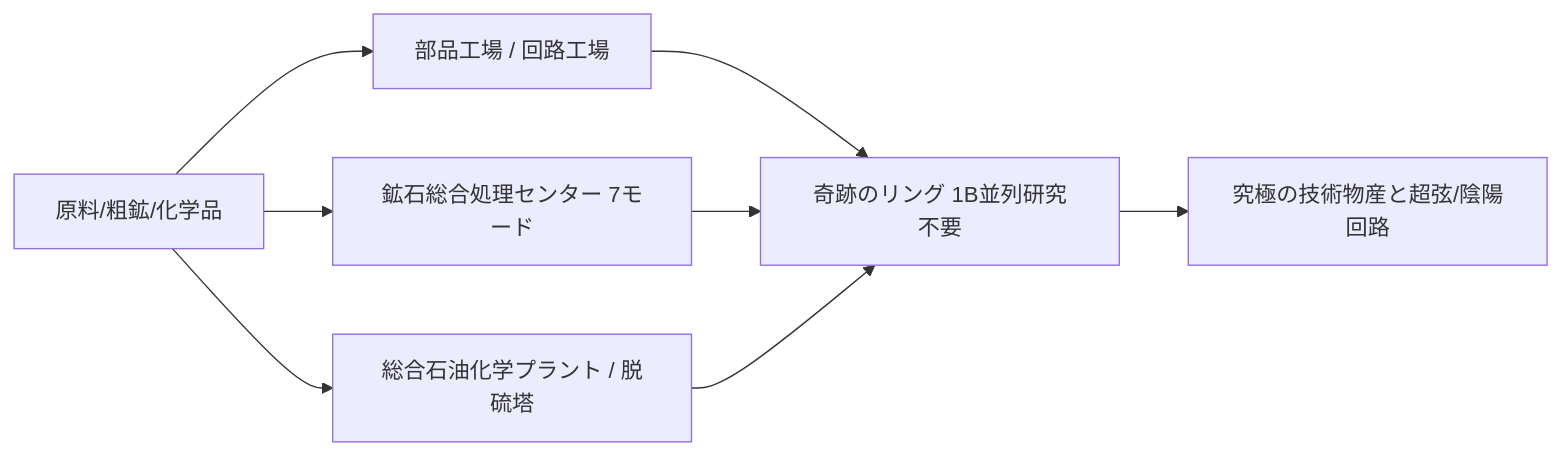
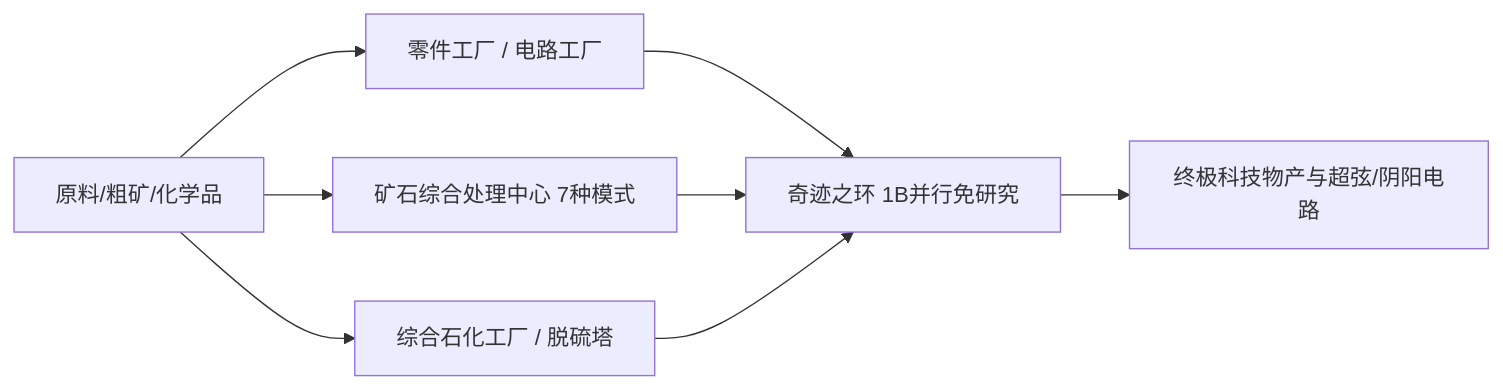
Before and after one commit to takanashisatou/GregtechEasy: the diagram in docs/ja/gtecore/machines-and-multiblocks.md, drawn with Mermaid. The commit also changed other lines of this file and 144 other files, not shown here.

````diff
--- a/docs/ja/gtecore/machines-and-multiblocks.md
+++ b/docs/ja/gtecore/machines-and-multiblocks.md
@@ -27,8 +27,8 @@
 ```mermaid
 graph LR
-    A[原料/粗鉱/化学品] --> B[部品工場 / 回路工場]
-    A --> C[鉱石総合処理センター 7モード]
-    A --> D[総合石油化学プラント / 脱硫塔]
-    B & C & D --> E[奇跡のリング 1B並列研究不要]
-    E --> F[究極の技術物産と超弦/陰陽回路]
+    A[原料/粗矿/化学品] --> B[零件工厂 / 电路工厂]
+    A --> C[矿石综合处理中心 7种模式]
+    A --> D[综合石化工厂 / 脱硫塔]
+    B & C & D --> E[奇迹之环 1B并行免研究]
+    E --> F[终极科技物产与超弦/阴阳电路]
 ```
````
